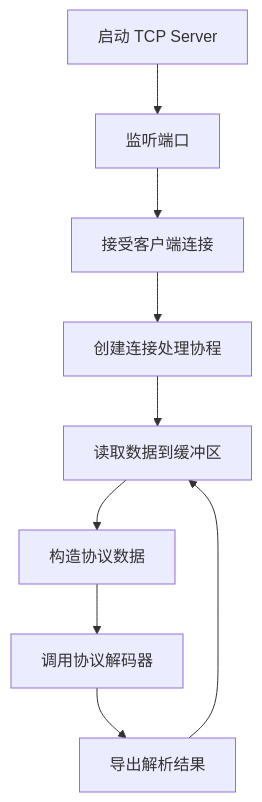
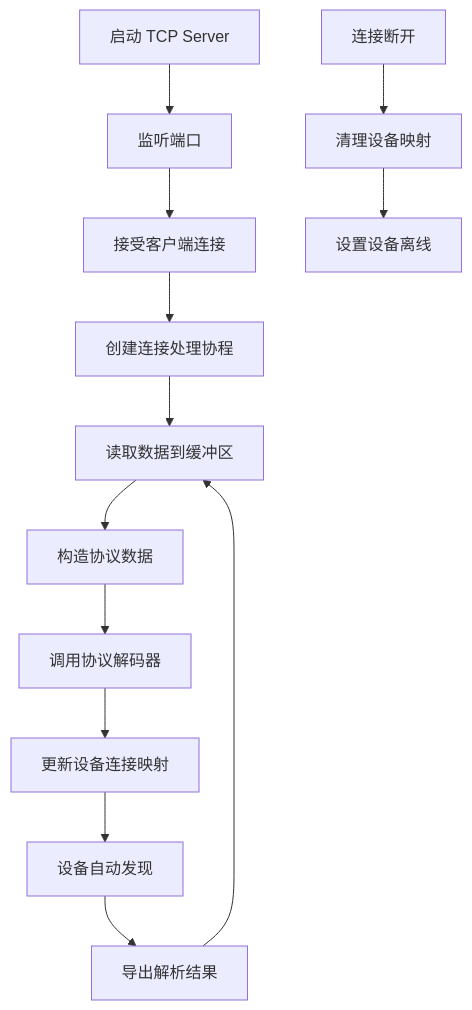
One commit to ibuilding-X/driver-box changed the diagram in pages/src/content/docs/plugins/tcpserver.mdx. Above: the diagram before and after it, drawn with Mermaid. The commit also changed other lines of this file and 6 other files, not shown here.

````diff
--- a/pages/src/content/docs/plugins/tcpserver.mdx
+++ b/pages/src/content/docs/plugins/tcpserver.mdx
@@ -47,13 +56,18 @@
 ```mermaid
 graph TD
     A[启动 TCP Server] --> B[监听端口]
     B --> C[接受客户端连接]
     C --> D[创建连接处理协程]
-    
+
     D --> E[读取数据到缓冲区]
     E --> F[构造协议数据]
     F --> G[调用协议解码器]
-    G --> H[导出解析结果]
-    
-    H --> E
+    G --> H[更新设备连接映射]
+    H --> I[设备自动发现]
+    I --> J[导出解析结果]
+
+    J --> E
+
+    K[连接断开] --> L[清理设备映射]
+    L --> M[设置设备离线]
 ```
````
